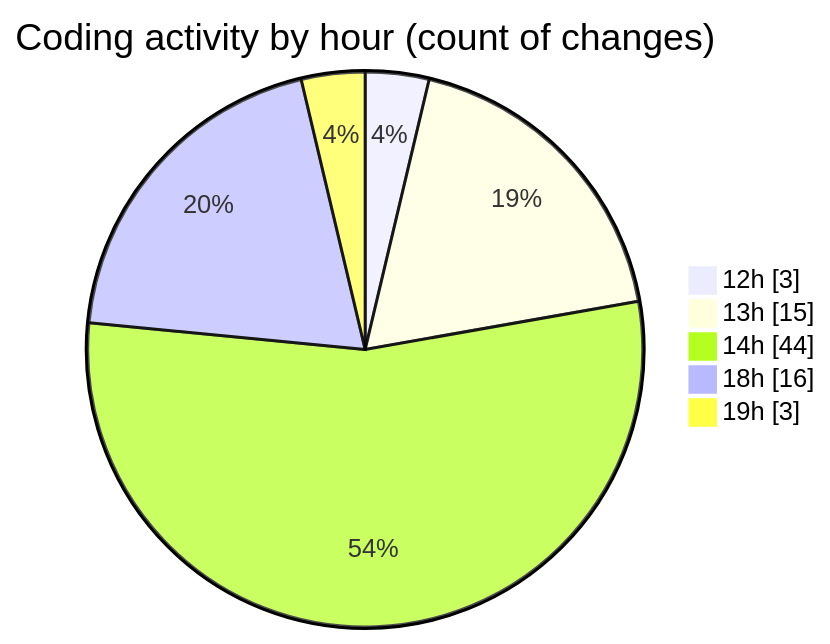
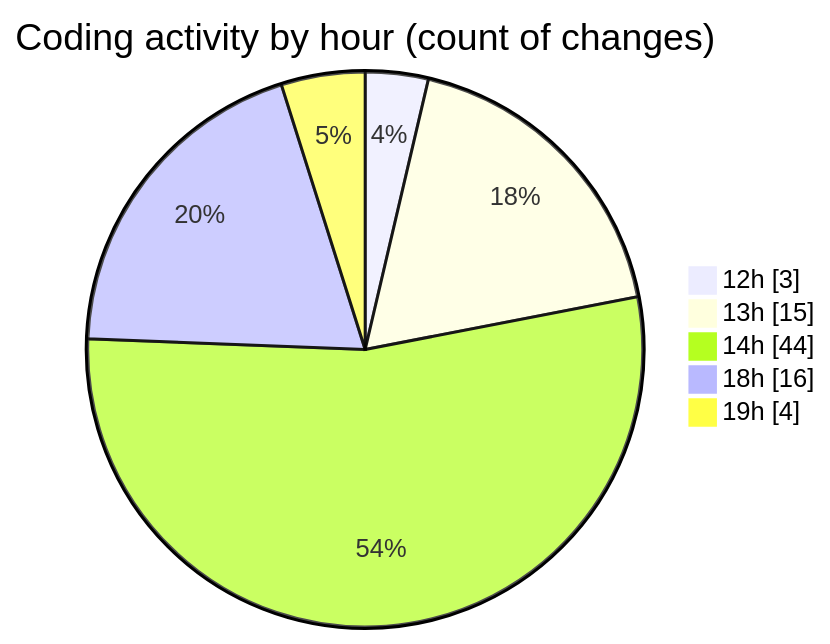
The second of 2 diagrams in 2026-02-26/car_database/README.md (momahboobian/code-tracking), drawn with Mermaid before and after one commit. The commit also changed other lines of this file and 1 other file, not shown here.

````diff
--- a/2026-02-26/car_database/README.md
+++ b/2026-02-26/car_database/README.md
@@ -57,9 +57,9 @@
 ```mermaid
 pie showData
 title Coding activity by hour (count of changes)
 "12h" : 3
 "13h" : 15
 "14h" : 44
 "18h" : 16
-"19h" : 3
+"19h" : 4
 ```
````
